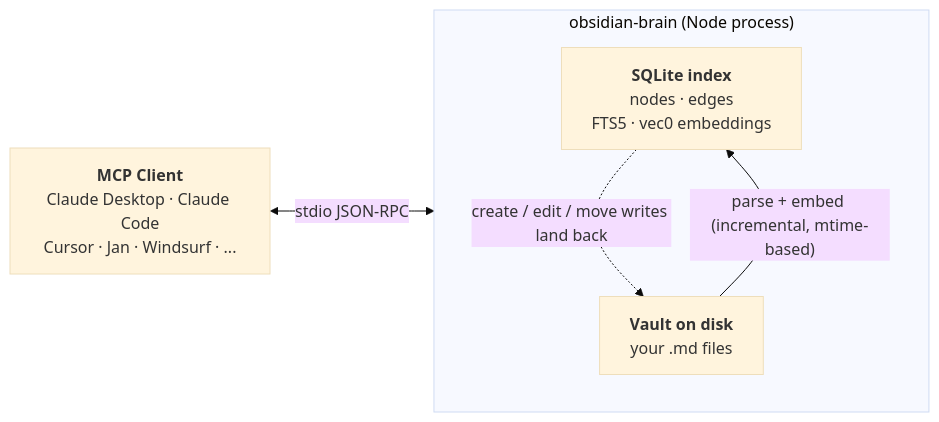
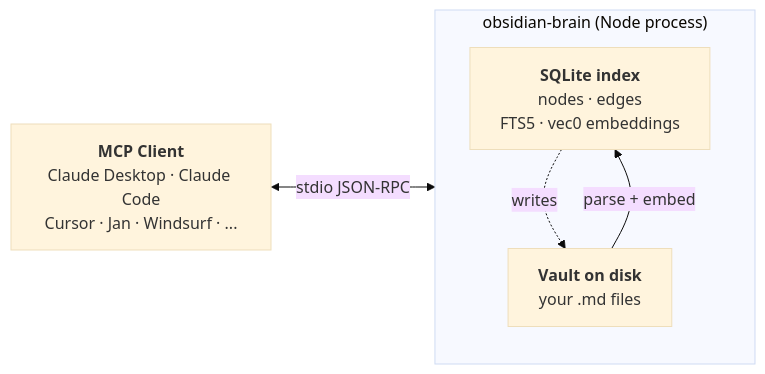
The diagram in README.md (sweir1/obsidian-brain), drawn with Mermaid (base theme) before and after one commit. The commit also changed other lines of this file, not shown here.

Commit message:
docs: fix Jan dropdown warning + tighten Mermaid labels
- GitHub's `> [!WARNING]` alert syntax doesn't render inside <details>
  blocks (HTML-within-HTML parsing). The Jan dropdown was showing
  `[!WARNING]` as literal text. Replace with bold-led paragraph that
  renders consistently inside and outside dropdowns.
- Shorten Mermaid edge labels: "parse + embed (incremental, mtime-
  based)" -> "parse + embed"; "create / edit / move writes land back"
  -> "writes". Mtime/incremental detail is covered in the prose below.

Other GitHub alerts (NOTE + two TIPs) are at README top level and render
correctly; left untouched.

````diff
--- a/README.md
+++ b/README.md
@@ -89,14 +89,14 @@
 ```mermaid
 flowchart LR
     Client["<b>MCP Client</b><br/>Claude Desktop · Claude Code<br/>Cursor · Jan · Windsurf · ..."]
 
     subgraph OB ["obsidian-brain (Node process)"]
         direction TB
         SQL["<b>SQLite index</b><br/>nodes · edges<br/>FTS5 · vec0 embeddings"]
         Vault["<b>Vault on disk</b><br/>your .md files"]
-        Vault -->|"parse + embed (incremental, mtime-based)"| SQL
-        SQL -.->|"create / edit / move writes land back"| Vault
+        Vault -->|"parse + embed"| SQL
+        SQL -.->|"writes"| Vault
     end
 
     Client <-->|"stdio JSON-RPC"| OB
 ```
````
